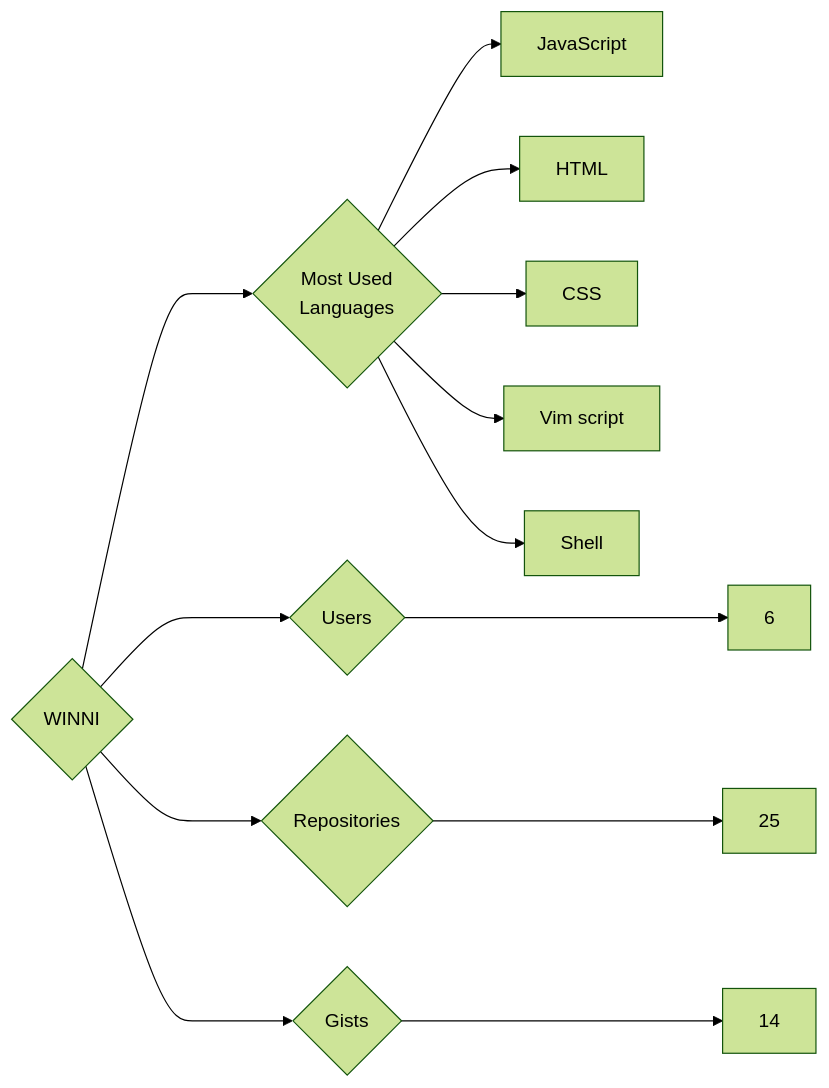
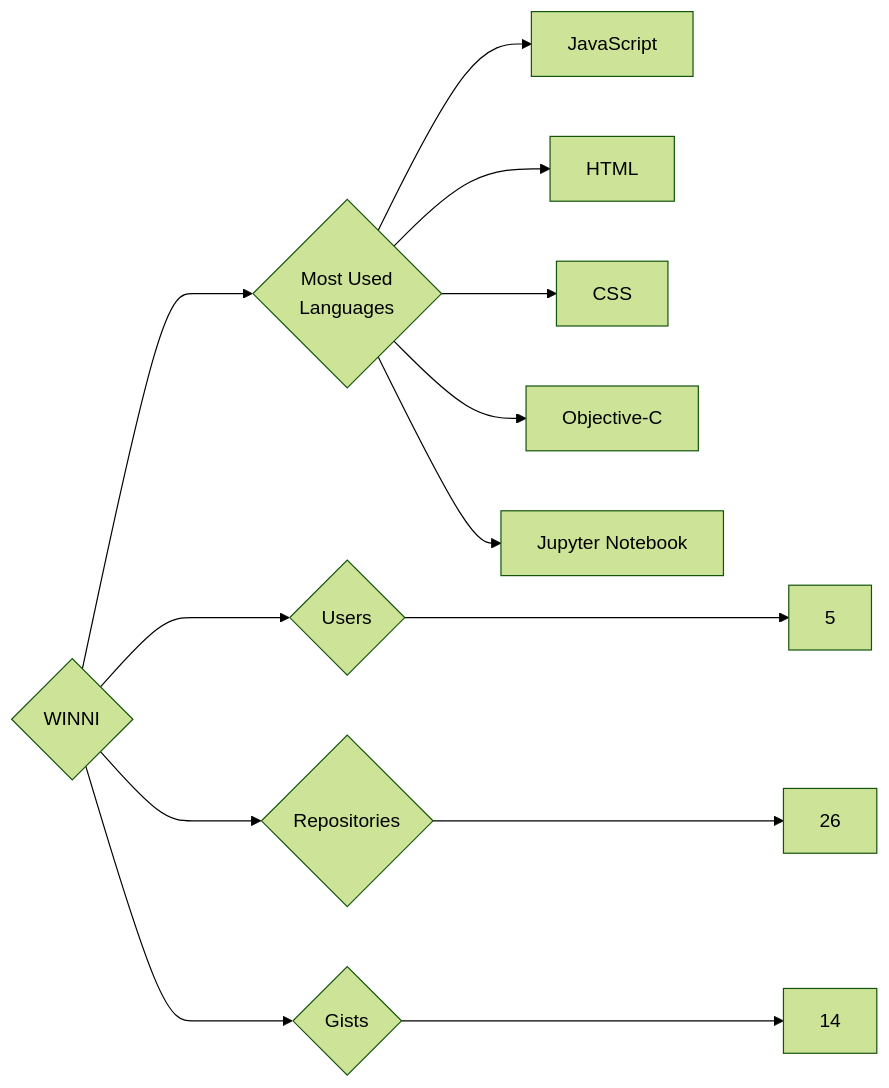
The diagram in targets/WINNI/README.md (trickest/insiders), drawn with Mermaid (forest theme) before and after one commit. The commit also changed 972 other files, not shown here.

````diff
--- a/targets/WINNI/README.md
+++ b/targets/WINNI/README.md
@@ -3,13 +3,13 @@
 ```mermaid
 graph LR
 COMPANY_NAME{WINNI}
-COMPANY_NAME ---> U{Users} ---> UN[6]
-COMPANY_NAME ---> R{Repositories} ---> RN[25]
+COMPANY_NAME ---> U{Users} ---> UN[5]
+COMPANY_NAME ---> R{Repositories} ---> RN[26]
 COMPANY_NAME ---> G{Gists} ---> GN[14]
 COMPANY_NAME ---> ML{Most Used<br>Languages}
 ML --> JavaScript[JavaScript]
 ML --> HTML[HTML]
 ML --> CSS[CSS]
-ML --> Vim_script[Vim script]
-ML --> Shell[Shell]
+ML --> Objective-C[Objective-C]
+ML --> Jupyter_Notebook[Jupyter Notebook]
 ```
````
